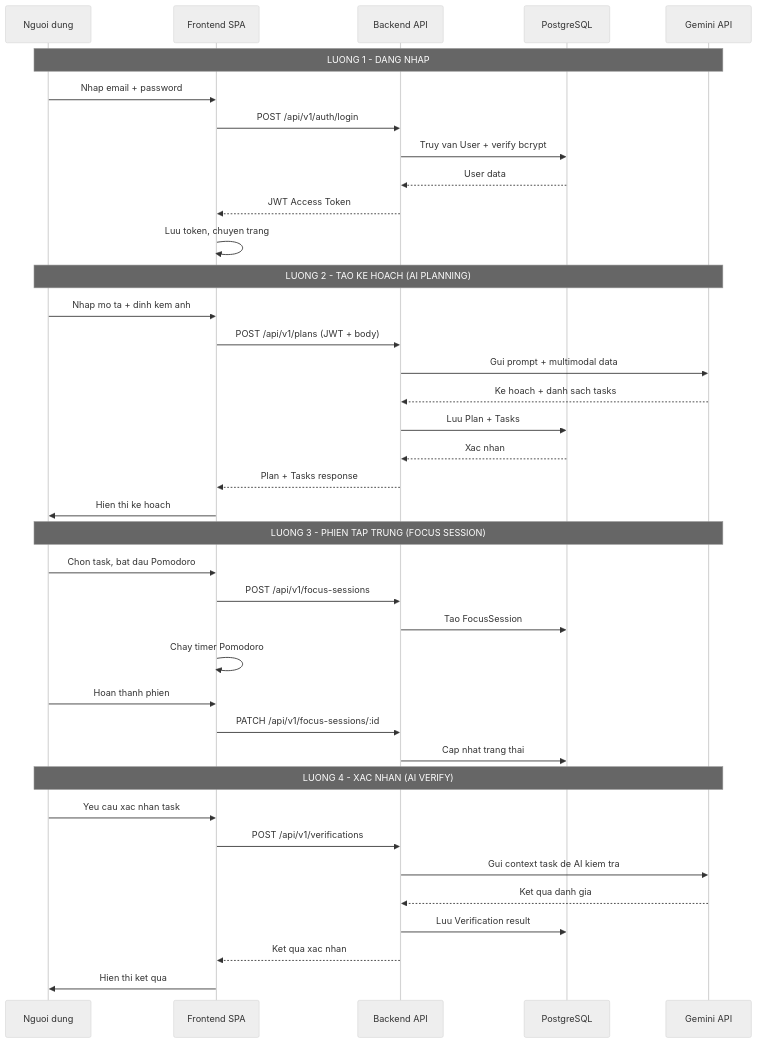
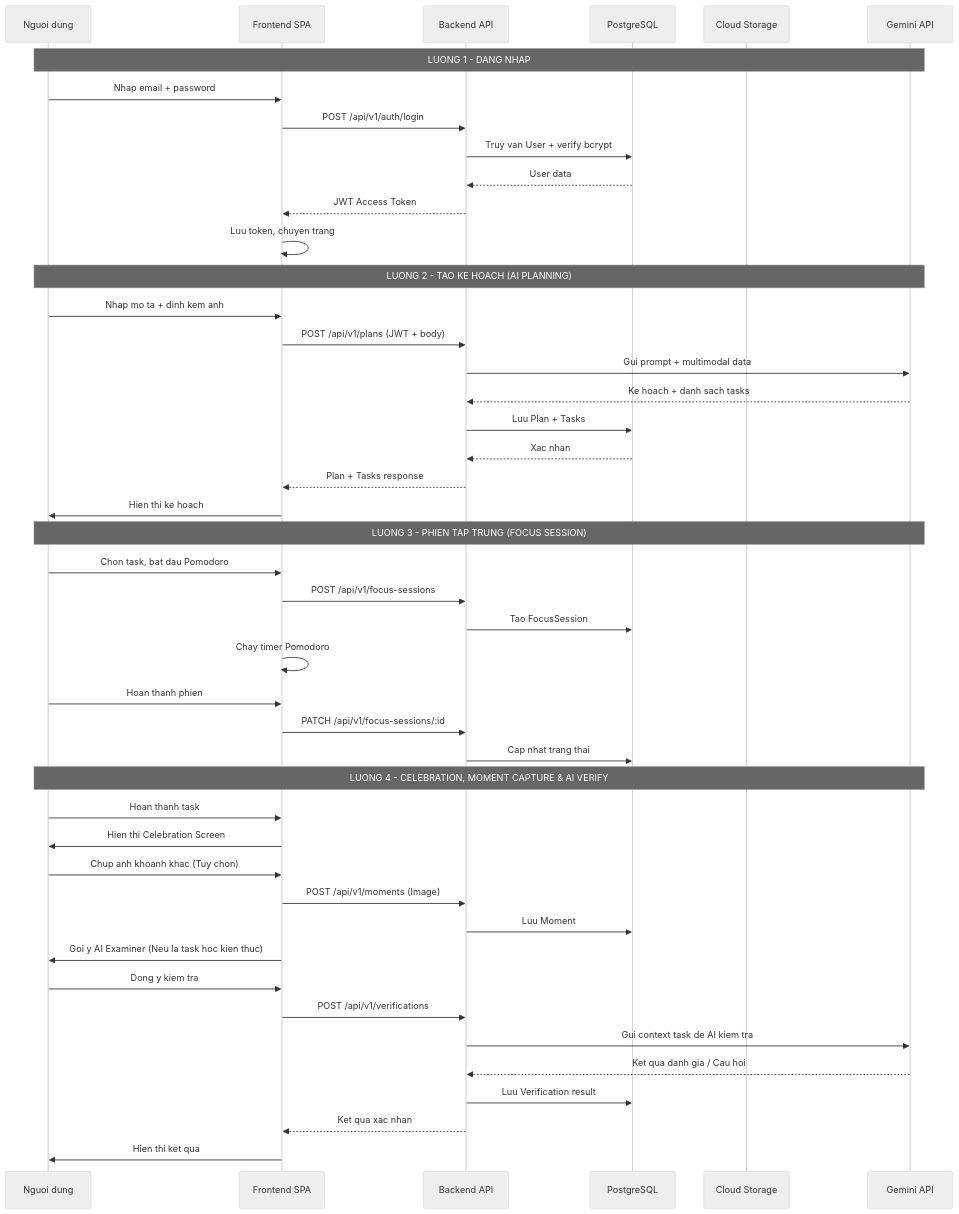
One commit to Lade1q/planning-ai changed the second of 4 diagrams in docs/analysis and design/high-level-architecture.md. Above: the diagram before and after it, drawn with Mermaid (neutral theme). The commit also changed other lines of this file, not shown here.

Commit message:
docs: cập nhật kiến trúc, bổ sung Cloudflare R2 cho Moment Capture

````diff
--- a/docs/analysis and design/high-level-architecture.md
+++ b/docs/analysis and design/high-level-architecture.md
@@ -71,44 +74,51 @@
 ```mermaid
 sequenceDiagram
     participant U as Nguoi dung
     participant FE as Frontend SPA
     participant BE as Backend API
     participant DB as PostgreSQL
+    participant CS as Cloud Storage
     participant AI as Gemini API
 
     Note over U,AI: LUONG 1 - DANG NHAP
     U->>FE: Nhap email + password
     FE->>BE: POST /api/v1/auth/login
     BE->>DB: Truy van User + verify bcrypt
     DB-->>BE: User data
     BE-->>FE: JWT Access Token
     FE->>FE: Luu token, chuyen trang
 
     Note over U,AI: LUONG 2 - TAO KE HOACH (AI PLANNING)
     U->>FE: Nhap mo ta + dinh kem anh
     FE->>BE: POST /api/v1/plans (JWT + body)
     BE->>AI: Gui prompt + multimodal data
     AI-->>BE: Ke hoach + danh sach tasks
     BE->>DB: Luu Plan + Tasks
     DB-->>BE: Xac nhan
     BE-->>FE: Plan + Tasks response
     FE->>U: Hien thi ke hoach
 
     Note over U,AI: LUONG 3 - PHIEN TAP TRUNG (FOCUS SESSION)
     U->>FE: Chon task, bat dau Pomodoro
     FE->>BE: POST /api/v1/focus-sessions
     BE->>DB: Tao FocusSession
     FE->>FE: Chay timer Pomodoro
     U->>FE: Hoan thanh phien
     FE->>BE: PATCH /api/v1/focus-sessions/:id
     BE->>DB: Cap nhat trang thai
 
-    Note over U,AI: LUONG 4 - XAC NHAN (AI VERIFY)
-    U->>FE: Yeu cau xac nhan task
+    Note over U,AI: LUONG 4 - CELEBRATION, MOMENT CAPTURE & AI VERIFY
+    U->>FE: Hoan thanh task
+    FE->>U: Hien thi Celebration Screen
+    U->>FE: Chup anh khoanh khac (Tuy chon)
+    FE->>BE: POST /api/v1/moments (Image)
+    BE->>DB: Luu Moment
+    FE->>U: Goi y AI Examiner (Neu la task hoc kien thuc)
+    U->>FE: Dong y kiem tra
     FE->>BE: POST /api/v1/verifications
     BE->>AI: Gui context task de AI kiem tra
-    AI-->>BE: Ket qua danh gia
+    AI-->>BE: Ket qua danh gia / Cau hoi
     BE->>DB: Luu Verification result
     BE-->>FE: Ket qua xac nhan
     FE->>U: Hien thi ket qua
 ```
````
